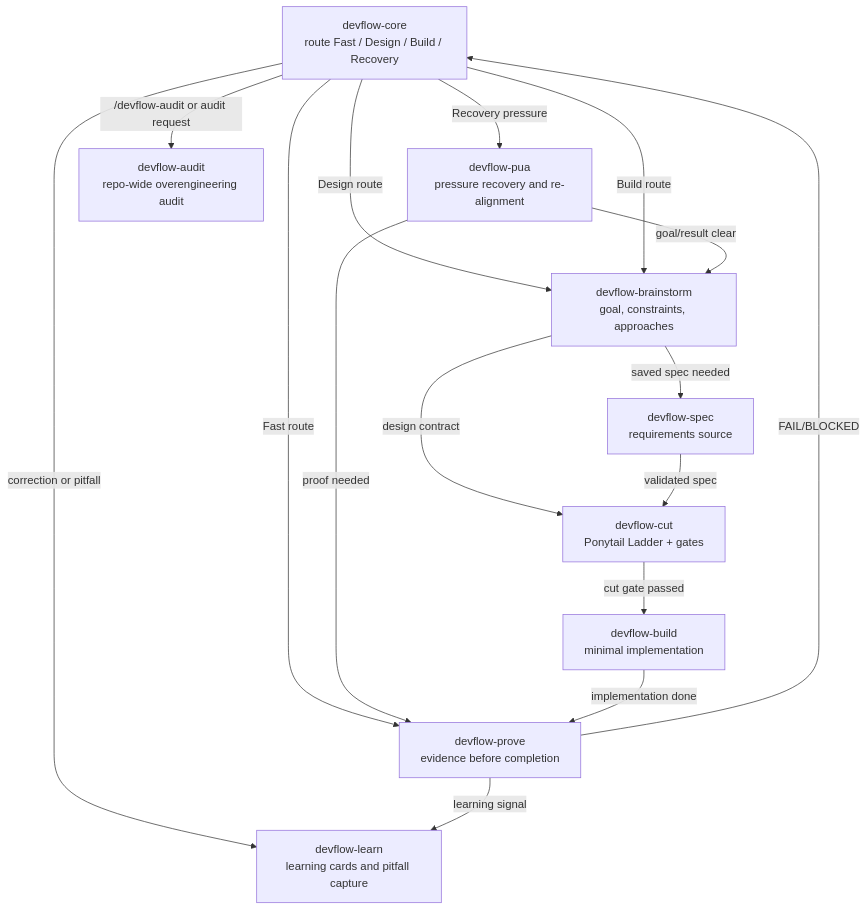
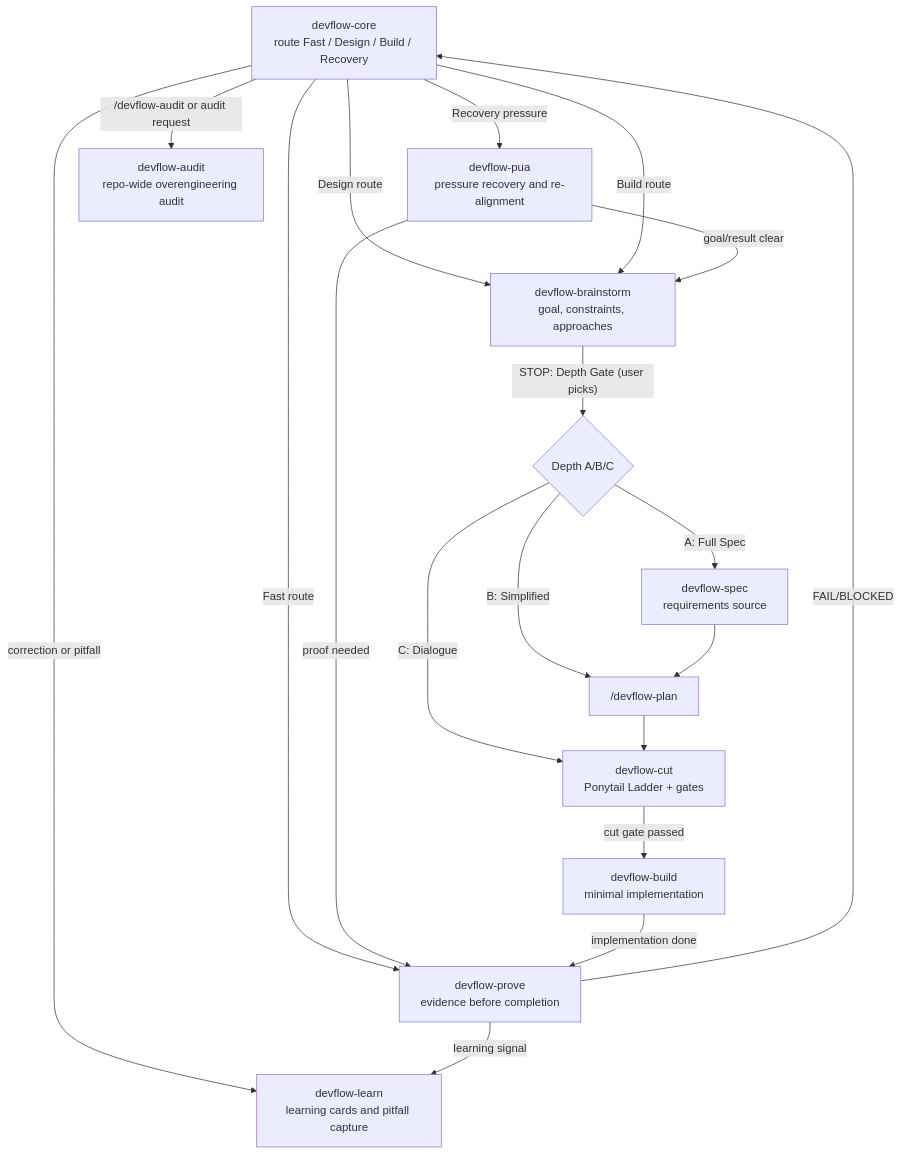
Before and after one commit to huangwen-changdu/DevFlow-Core: the diagram in skills/skill-call-diagram.md, drawn with Mermaid. The commit also changed other lines of this file and 18 other files, not shown here.

````diff
--- a/skills/skill-call-diagram.md
+++ b/skills/skill-call-diagram.md
@@ -3,28 +3,31 @@
 ```mermaid
 graph TD
     CORE["devflow-core<br/>route Fast / Design / Build / Recovery"]
     BRAIN["devflow-brainstorm<br/>goal, constraints, approaches"]
     SPEC["devflow-spec<br/>requirements source"]
     CUT["devflow-cut<br/>Ponytail Ladder + gates"]
     BUILD["devflow-build<br/>minimal implementation"]
     PROVE["devflow-prove<br/>evidence before completion"]
     PUA["devflow-pua<br/>pressure recovery and re-alignment"]
     LEARN["devflow-learn<br/>learning cards and pitfall capture"]
     AUDIT["devflow-audit<br/>repo-wide overengineering audit"]
 
     CORE -->|"Design route"| BRAIN
     CORE -->|"Build route"| BRAIN
     CORE -->|"Fast route"| PROVE
     CORE -->|"Recovery pressure"| PUA
     CORE -->|"/devflow-audit or audit request"| AUDIT
     PUA -->|"goal/result clear"| BRAIN
     PUA -->|"proof needed"| PROVE
-    BRAIN -->|"design contract"| CUT
-    BRAIN -->|"saved spec needed"| SPEC
-    SPEC -->|"validated spec"| CUT
+    BRAIN -->|"STOP: Depth Gate (user picks)"| DEPTH{"Depth A/B/C"}
+    DEPTH -->|"A: Full Spec"| SPEC
+    DEPTH -->|"B: Simplified"| PLAN["/devflow-plan"]
+    DEPTH -->|"C: Dialogue"| CUT
+    SPEC --> PLAN
+    PLAN --> CUT
     CUT -->|"cut gate passed"| BUILD
     BUILD -->|"implementation done"| PROVE
     PROVE -->|"FAIL/BLOCKED"| CORE
     CORE -->|"correction or pitfall"| LEARN
     PROVE -->|"learning signal"| LEARN
 ```
````
